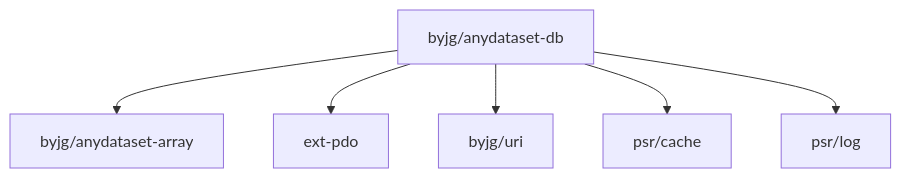
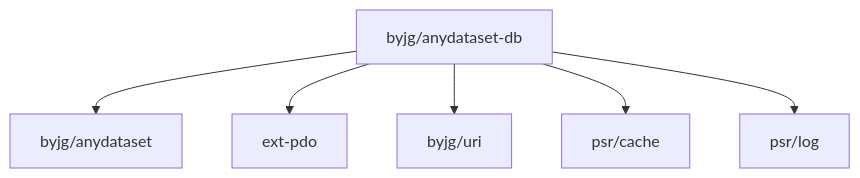
Before and after one commit to byjg/php-anydataset-db: the diagram in README.md, drawn with Mermaid. The commit also changed other lines of this file and 19 other files, not shown here.

````diff
--- a/README.md
+++ b/README.md
@@ -88,8 +89,8 @@
 ```mermaid
 flowchart TD
-    byjg/anydataset-db --> byjg/anydataset-array
+    byjg/anydataset-db --> byjg/anydataset
     byjg/anydataset-db --> ext-pdo
     byjg/anydataset-db --> byjg/uri
     byjg/anydataset-db --> psr/cache
     byjg/anydataset-db --> psr/log
 ```
````
